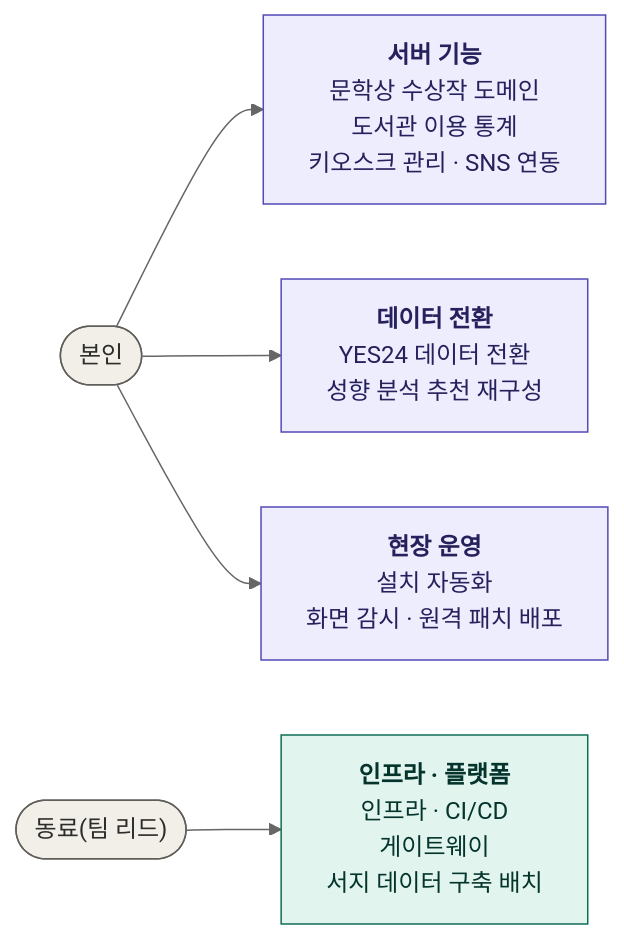
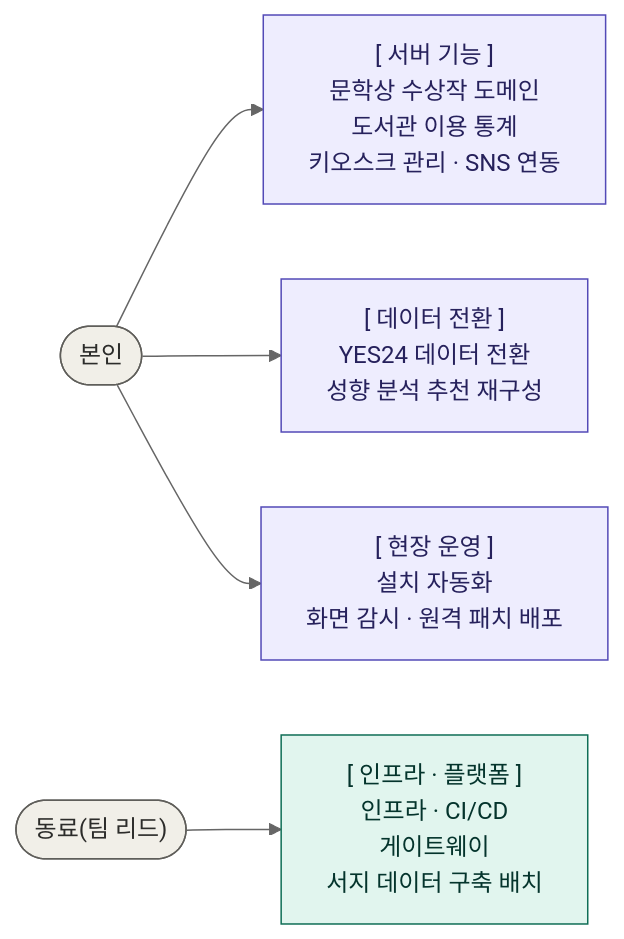
One commit to panorama713/career-portfolio changed the diagram in projects/03-bookmate.md. Above: the diagram before and after it, drawn with Mermaid (neutral theme).

Commit message:
Render Bookmate diagram labels as SVG text
GitHub measured HTML labels with a different font than it drew them,
so Korean words wrapped mid-word inside the boxes.

````diff
--- a/projects/03-bookmate.md
+++ b/projects/03-bookmate.md
@@ -6,22 +6,23 @@
 ```mermaid
+%%{init: {"flowchart": {"htmlLabels": false}}}%%
 flowchart LR
     Me(["본인"])
     Mate(["동료(팀 리드)"])
 
-    Feat["<b>서버 기능</b><br/>문학상 수상작 도메인<br/>도서관 이용 통계<br/>키오스크 관리 · SNS 연동"]
-    Data["<b>데이터 전환</b><br/>YES24 데이터 전환<br/>성향 분석 추천 재구성"]
-    Ops["<b>현장 운영</b><br/>설치 자동화<br/>화면 감시 · 원격 패치 배포"]
-    Team["<b>인프라 · 플랫폼</b><br/>인프라 · CI/CD<br/>게이트웨이<br/>서지 데이터 구축 배치"]
+    Feat["[ 서버 기능 ]<br/>문학상 수상작 도메인<br/>도서관 이용 통계<br/>키오스크 관리 · SNS 연동"]
+    Data["[ 데이터 전환 ]<br/>YES24 데이터 전환<br/>성향 분석 추천 재구성"]
+    Ops["[ 현장 운영 ]<br/>설치 자동화<br/>화면 감시 · 원격 패치 배포"]
+    Team["[ 인프라 · 플랫폼 ]<br/>인프라 · CI/CD<br/>게이트웨이<br/>서지 데이터 구축 배치"]
 
     Me --> Feat
     Me --> Data
     Me --> Ops
     Mate --> Team
 
     classDef mine fill:#EEEDFE,stroke:#534AB7,color:#26215C;
     classDef team fill:#E1F5EE,stroke:#0F6E56,color:#04342C;
     classDef who fill:#F1EFE8,stroke:#5F5E5A,color:#2C2C2A;
     class Feat,Data,Ops mine;
     class Team team;
     class Me,Mate who;
 ```
````
